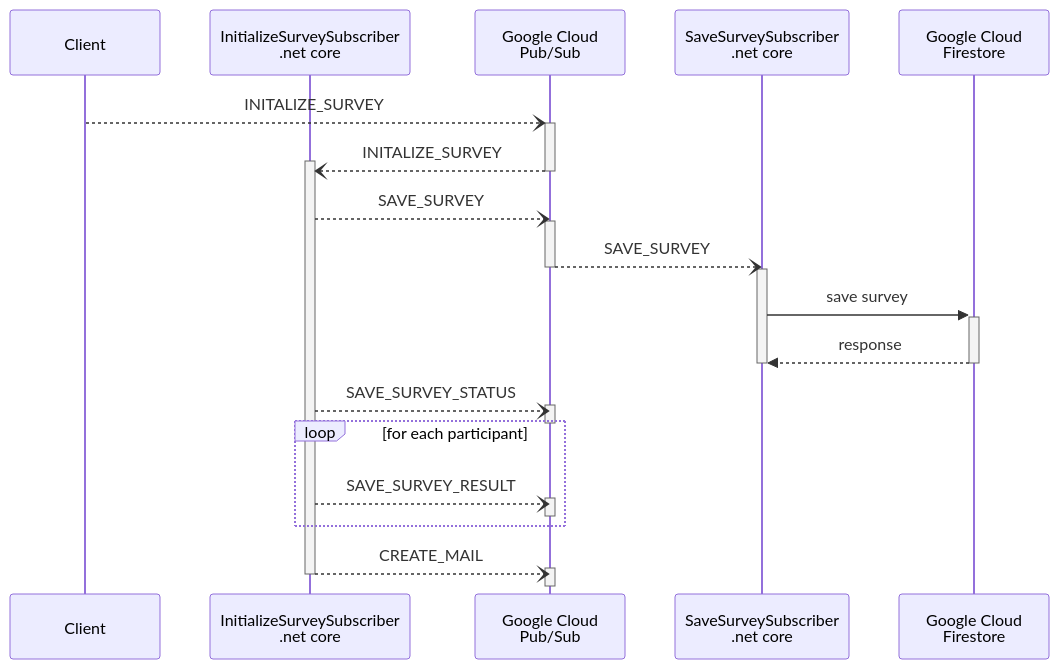
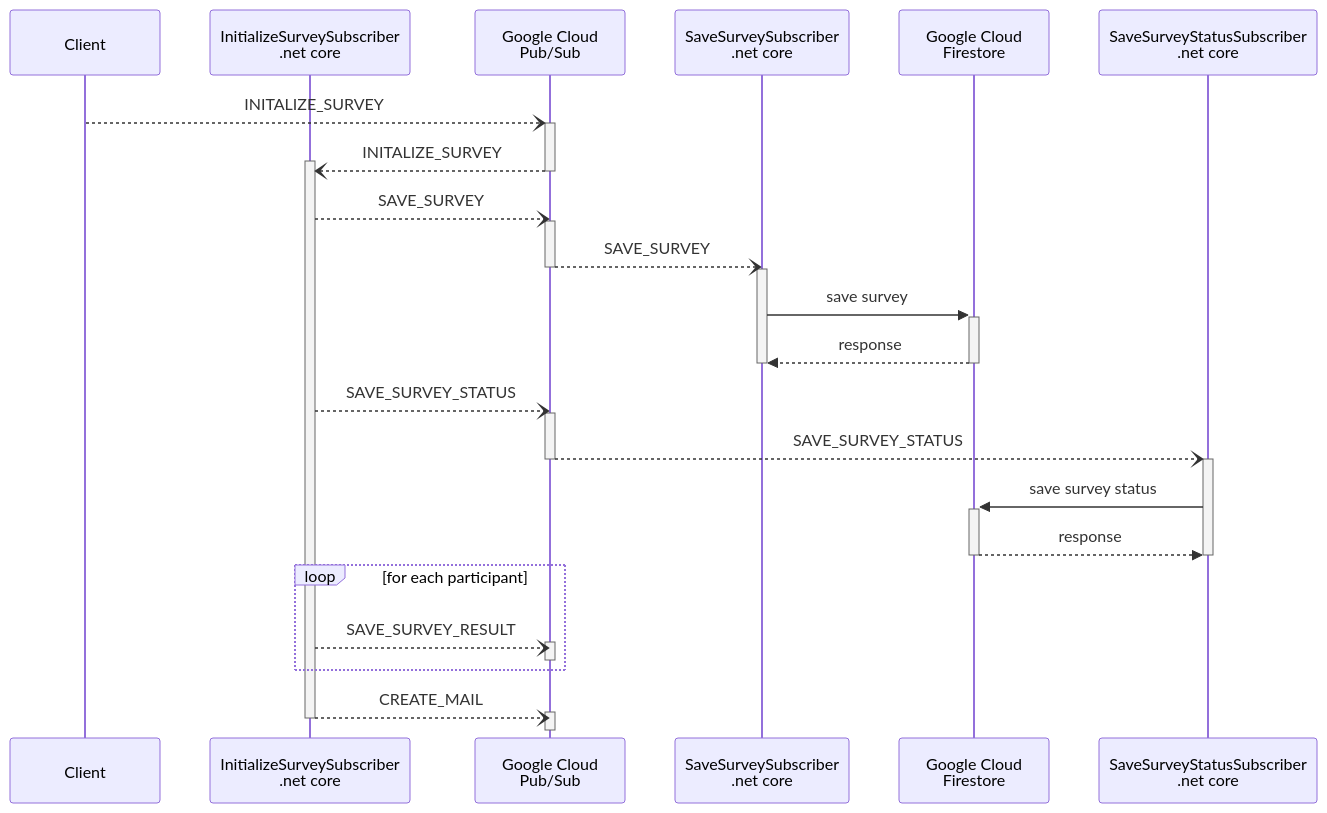
The diagram in doc/initialize-survey.mermaid (MichaelDiers/surveys), drawn with Mermaid before and after one commit. The commit also changed 1 other file, not shown here.

```diff
--- a/doc/initialize-survey.mermaid
+++ b/doc/initialize-survey.mermaid
@@ -1,30 +1,38 @@
 sequenceDiagram
     participant C as Client
     participant InitSurvey as InitializeSurveySubscriber<br>.net core
     participant PS as Google Cloud<br>Pub/Sub
     participant SaveSurvey as SaveSurveySubscriber<br>.net core
     participant F as Google Cloud<br>Firestore
+    participant SaveSurveyStatus as SaveSurveyStatusSubscriber<br>.net core
     C--)+PS: INITALIZE_SURVEY
     PS--)+InitSurvey: INITALIZE_SURVEY
     deactivate PS
+    %% SAVE_SURVEY
     InitSurvey--)PS: SAVE_SURVEY
     activate PS
     PS--)SaveSurvey: SAVE_SURVEY
     deactivate PS
     activate SaveSurvey
     SaveSurvey->>+F: save survey
     F-->>SaveSurvey: response
     deactivate F
     deactivate SaveSurvey
+    %% SAVE_SURVEY_STATUS
     InitSurvey--)PS: SAVE_SURVEY_STATUS
     activate PS
+    PS--)+SaveSurveyStatus: SAVE_SURVEY_STATUS
     deactivate PS
+    SaveSurveyStatus->>+F: save survey status
+    F-->>SaveSurveyStatus: response
+    deactivate F
+    deactivate SaveSurveyStatus
     loop for each participant
         InitSurvey--)PS: SAVE_SURVEY_RESULT
         activate PS
         deactivate PS
     end
     InitSurvey--)PS: CREATE_MAIL
     activate PS
     deactivate PS
     deactivate InitSurvey
```
